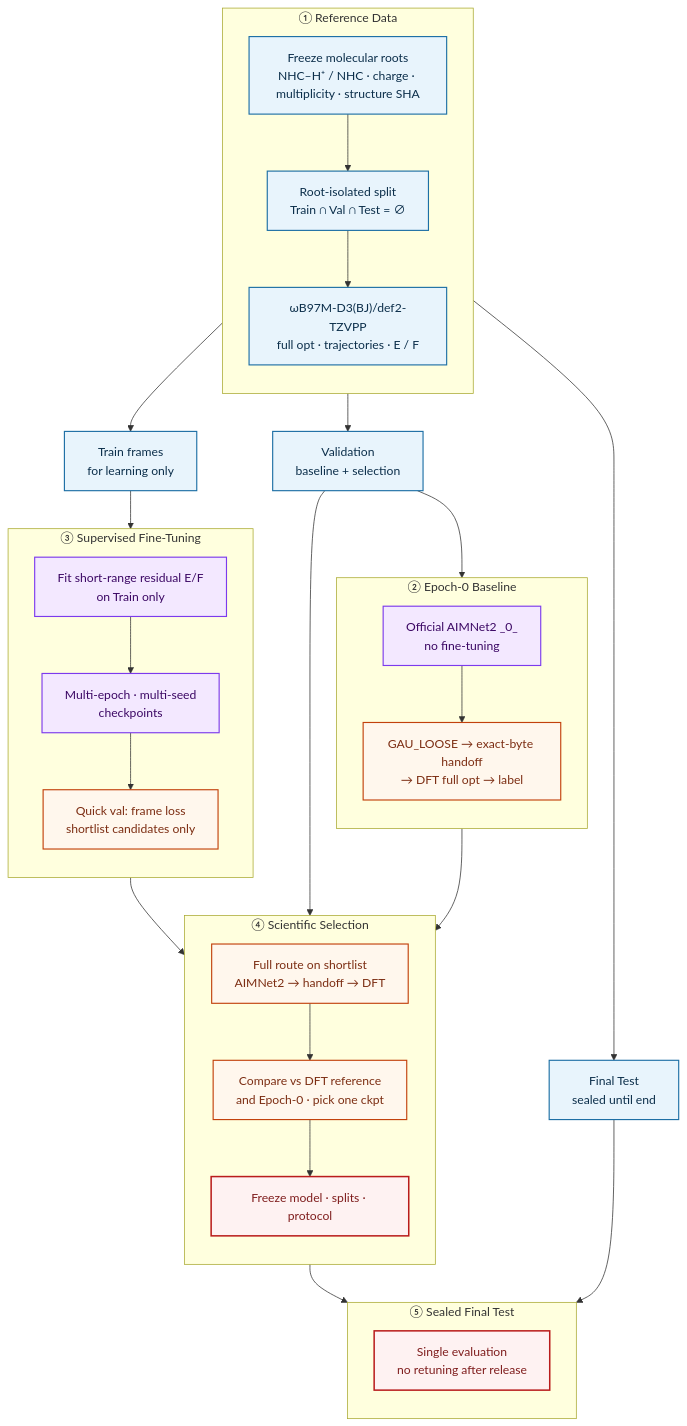
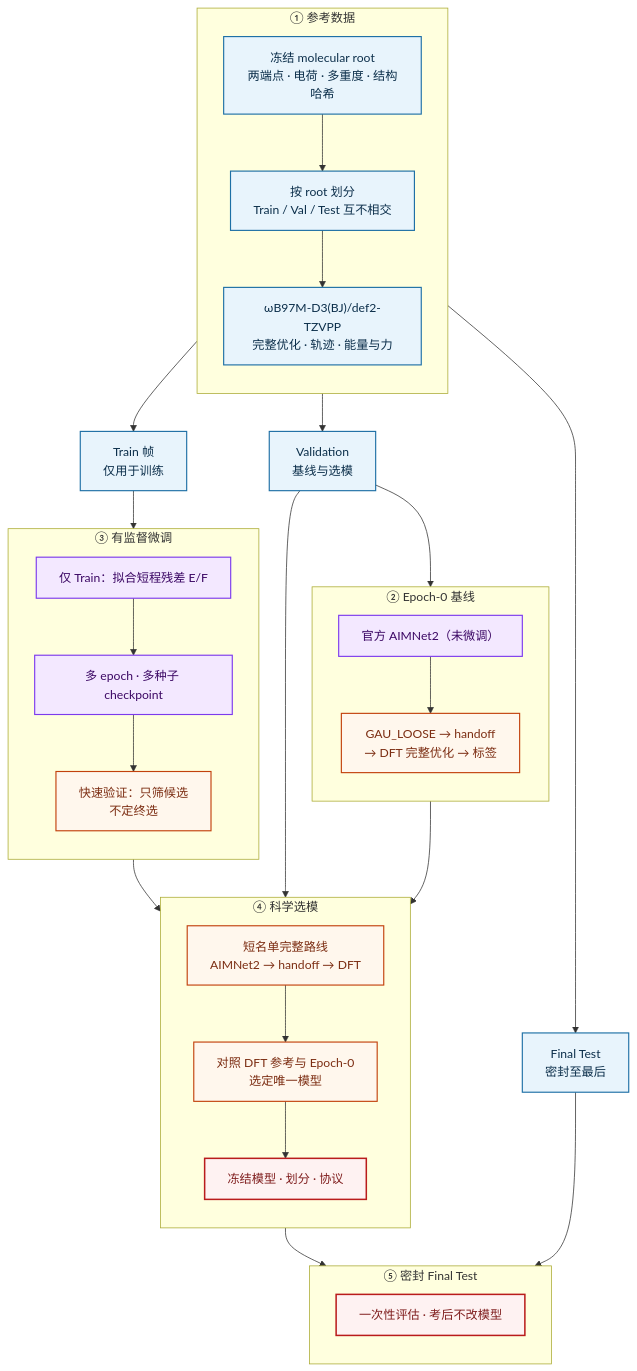
One commit to lijiawei0305-pixel/nhc0801 changed the diagram in README.md. Above: the diagram before and after it, drawn with Mermaid. The commit also changed other lines of this file, not shown here.

Commit message:
Localize Method Overview Mermaid diagram to Chinese.
Shorten stage labels and captions for a cleaner README workflow map.

````diff
--- a/README.md
+++ b/README.md
@@ -94,62 +93,60 @@
 ```mermaid
 flowchart TB
-  %% NHC0801 end-to-end scientific workflow
   classDef data fill:#e8f4fc,stroke:#1d6fa5,stroke-width:1.5px,color:#0b2e4a
   classDef model fill:#f3e8ff,stroke:#7c3aed,stroke-width:1.5px,color:#3b0764
   classDef gate fill:#fff7ed,stroke:#c2410c,stroke-width:1.5px,color:#7c2d12
-  classDef eval fill:#ecfdf5,stroke:#047857,stroke-width:1.5px,color:#064e3b
   classDef seal fill:#fef2f2,stroke:#b91c1c,stroke-width:2px,color:#7f1d1d
 
-  subgraph P1["① Reference Data"]
+  subgraph P1["① 参考数据"]
     direction TB
-    A["Freeze molecular roots<br/>NHC–H⁺ / NHC · charge · multiplicity · structure SHA"]
-    B["Root-isolated split<br/>Train ∩ Val ∩ Test = ∅"]
-    C["ωB97M-D3(BJ)/def2-TZVPP<br/>full opt · trajectories · E / F"]
+    A["冻结 molecular root<br/>两端点 · 电荷 · 多重度 · 结构哈希"]
+    B["按 root 划分<br/>Train / Val / Test 互不相交"]
+    C["ωB97M-D3(BJ)/def2-TZVPP<br/>完整优化 · 轨迹 · 能量与力"]
     A --> B --> C
   end
 
-  C --> Train["Train frames<br/>for learning only"]
-  C --> Val["Validation<br/>baseline + selection"]
-  C --> Test["Final Test<br/>sealed until end"]
+  C --> Train["Train 帧<br/>仅用于训练"]
+  C --> Val["Validation<br/>基线与选模"]
+  C --> Test["Final Test<br/>密封至最后"]
 
-  subgraph P2["② Epoch-0 Baseline"]
+  subgraph P2["② Epoch-0 基线"]
     direction TB
-    D["Official AIMNet2 _0_<br/>no fine-tuning"]
-    E["GAU_LOOSE → exact-byte handoff<br/>→ DFT full opt → label"]
+    D["官方 AIMNet2（未微调）"]
+    E["GAU_LOOSE → handoff<br/>→ DFT 完整优化 → 标签"]
     D --> E
   end
 
-  subgraph P3["③ Supervised Fine-Tuning"]
+  subgraph P3["③ 有监督微调"]
     direction TB
-    F["Fit short-range residual E/F<br/>on Train only"]
-    G["Multi-epoch · multi-seed<br/>checkpoints"]
-    H["Quick val: frame loss<br/>shortlist candidates only"]
+    F["仅 Train：拟合短程残差 E/F"]
+    G["多 epoch · 多种子 checkpoint"]
+    H["快速验证：只筛候选<br/>不定终选"]
     F --> G --> H
   end
 
-  subgraph P4["④ Scientific Selection"]
+  subgraph P4["④ 科学选模"]
     direction TB
-    I["Full route on shortlist<br/>AIMNet2 → handoff → DFT"]
-    J["Compare vs DFT reference<br/>and Epoch-0 · pick one ckpt"]
-    K["Freeze model · splits · protocol"]
+    I["短名单完整路线<br/>AIMNet2 → handoff → DFT"]
+    J["对照 DFT 参考与 Epoch-0<br/>选定唯一模型"]
+    K["冻结模型 · 划分 · 协议"]
     I --> J --> K
   end
 
-  subgraph P5["⑤ Sealed Final Test"]
+  subgraph P5["⑤ 密封 Final Test"]
     direction TB
-    L["Single evaluation<br/>no retuning after release"]
+    L["一次性评估 · 考后不改模型"]
   end
 
   Val --> D
   Train --> F
   Val --> I
   E --> J
   H --> I
   K --> L
   Test --> L
 
   class A,B,C,Train,Val,Test data
   class D,F,G model
   class E,H,I,J gate
   class K,L seal
 ```
````
